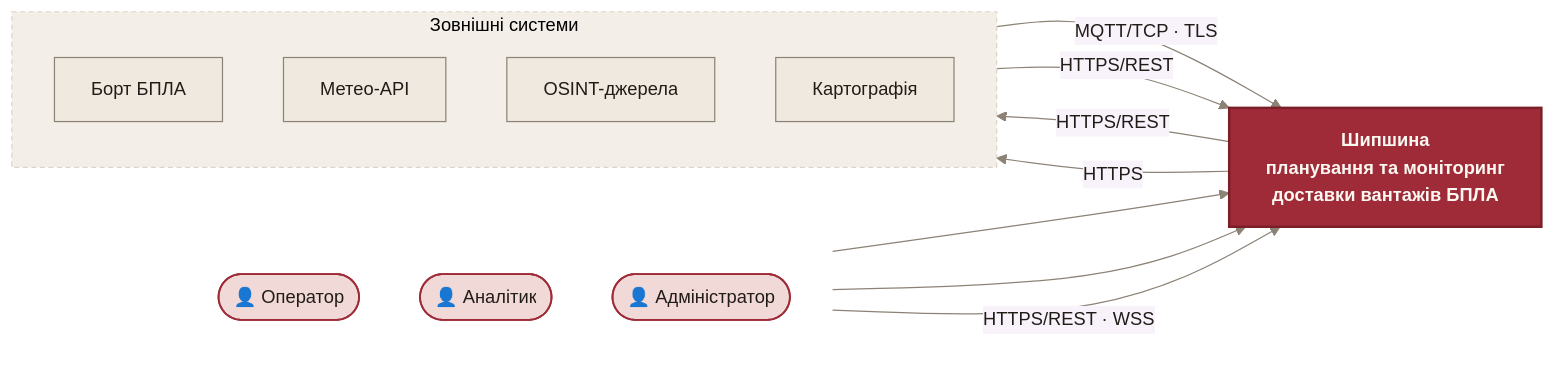
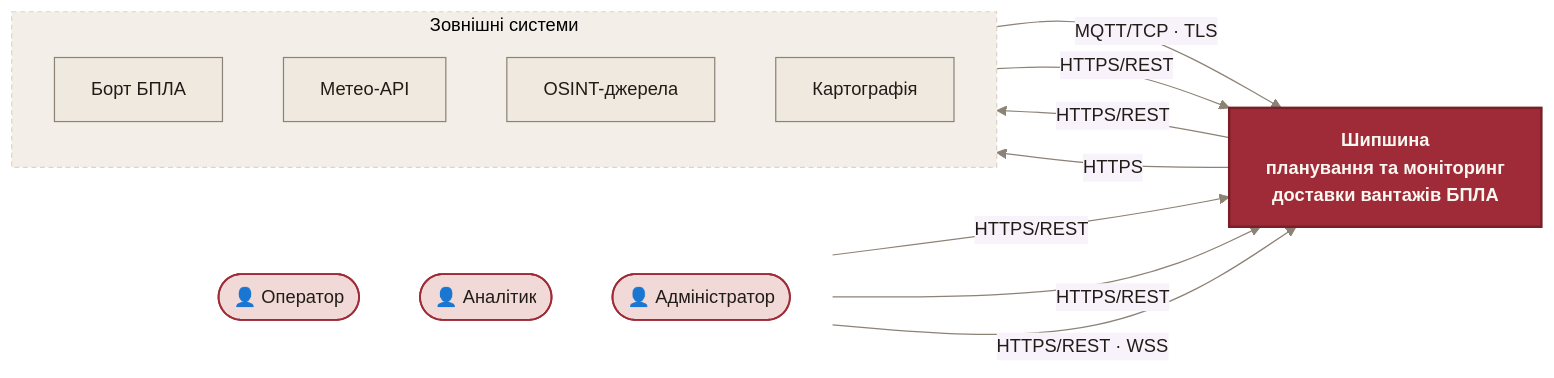
The first of 7 diagrams in docs/2_design.md (volodymyrDobry/121-diploma-project), drawn with Mermaid before and after one commit. The commit also changed other lines of this file, not shown here.

First line of the commit message:
docs(chapter-2): refine C4 component to clean top-down layered flow

````diff
--- a/docs/2_design.md
+++ b/docs/2_design.md
@@ -35,33 +35,33 @@
 ```mermaid
 %%{init: {'theme':'base','themeVariables':{'fontFamily':'IBM Plex Sans, Segoe UI, sans-serif','fontSize':'15px','primaryColor':'#FBF8F2','primaryTextColor':'#221C18','primaryBorderColor':'#9E2B37','lineColor':'#8C8276'}}}%%
 flowchart LR
     subgraph users[" "]
         direction TB
         OP(["👤 Оператор"])
         AN(["👤 Аналітик"])
         AD(["👤 Адміністратор"])
     end
     SYS["<b>Шипшина</b><br/>планування та моніторинг<br/>доставки вантажів БПЛА"]
     subgraph ext["Зовнішні системи"]
         direction TB
         DR["Борт БПЛА"]
         ME["Метео-API"]
         OS["OSINT-джерела"]
         TI["Картографія"]
     end
-    OP --> SYS
-    AN --> SYS
+    OP -- "HTTPS/REST" --> SYS
+    AN -- "HTTPS/REST" --> SYS
     AD -- "HTTPS/REST · WSS" --> SYS
     DR -- "MQTT/TCP · TLS" --> SYS
     OS -- "HTTPS/REST" --> SYS
     SYS -- "HTTPS/REST" --> ME
     SYS -- "HTTPS" --> TI
     classDef person fill:#F0D9D6,stroke:#9E2B37,stroke-width:1.5px,color:#221C18
     classDef sys fill:#9E2B37,stroke:#7a1f28,stroke-width:2px,color:#FBF8F2,font-weight:bold
     classDef extn fill:#EFE9DF,stroke:#8C8276,stroke-width:1px,color:#221C18
     class OP,AN,AD person
     class SYS sys
     class DR,ME,OS,TI extn
     style users fill:transparent,stroke:transparent
     style ext fill:#F3EFE8,stroke:#DDD4C7,stroke-dasharray:4 3
 ```
````
